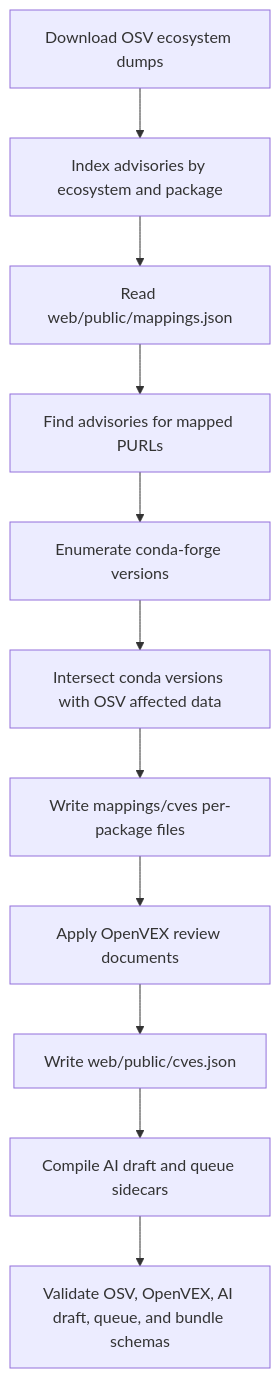
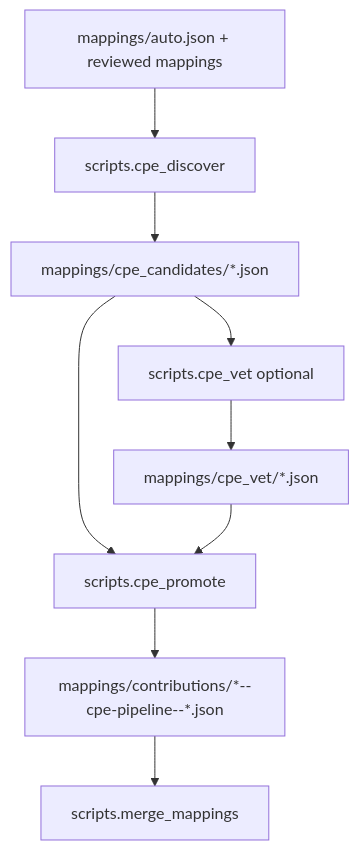
One commit to prefix-dev/purl-associator changed the second of 2 diagrams in README.md. Above: the diagram before and after it, drawn with Mermaid. The commit also changed other lines of this file and 3202 other files, not shown here.

Commit message:
remove all non-related purl stuff and promote cpe to purl view

````diff
--- a/README.md
+++ b/README.md
@@ -100,13 +86,11 @@
 ```mermaid
 flowchart TD
-  A[Download OSV ecosystem dumps] --> B[Index advisories by ecosystem and package]
-  B --> C[Read web/public/mappings.json]
-  C --> D[Find advisories for mapped PURLs]
-  D --> E[Enumerate conda-forge versions]
-  E --> F[Intersect conda versions with OSV affected data]
-  F --> G[Write mappings/cves per-package files]
-  G --> H[Apply OpenVEX review documents]
-  H --> I[Write web/public/cves.json]
-  I --> J[Compile AI draft and queue sidecars]
-  J --> K[Validate OSV, OpenVEX, AI draft, queue, and bundle schemas]
+  A[mappings/auto.json + reviewed mappings] --> B[scripts.cpe_discover]
+  B --> C[mappings/cpe_candidates/*.json]
+  C --> D[scripts.cpe_vet optional]
+  D --> E[mappings/cpe_vet/*.json]
+  C --> F[scripts.cpe_promote]
+  E --> F
+  F --> G[mappings/contributions/*--cpe-pipeline--*.json]
+  G --> H[scripts.merge_mappings]
 ```
````
